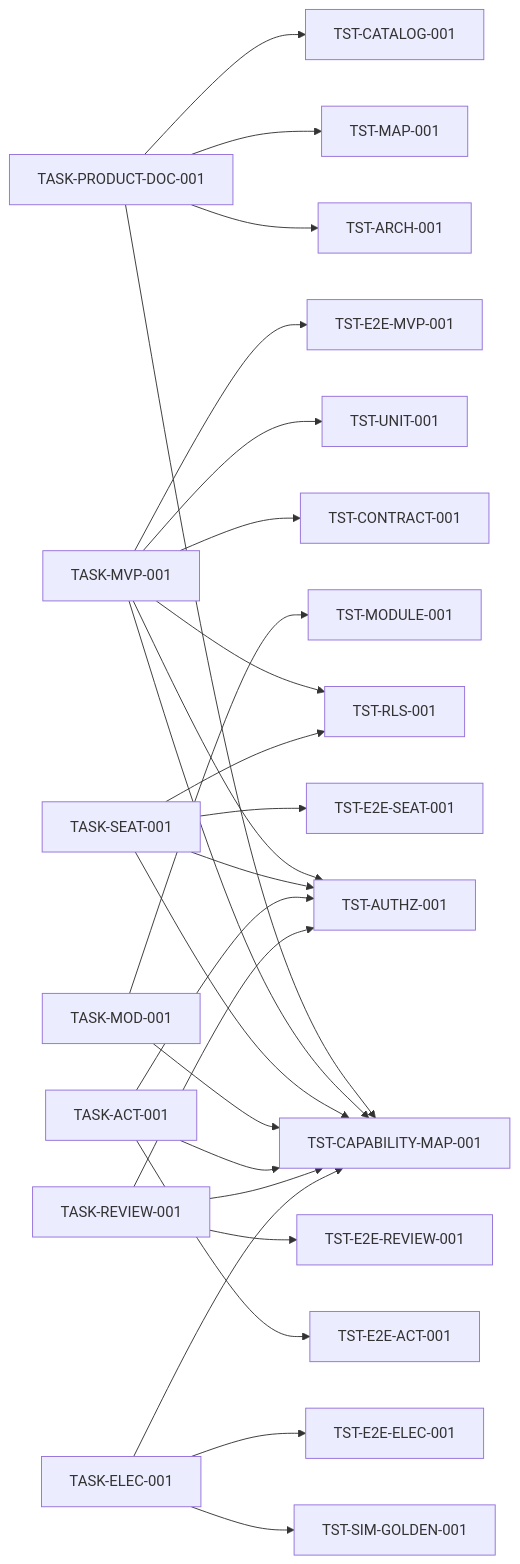
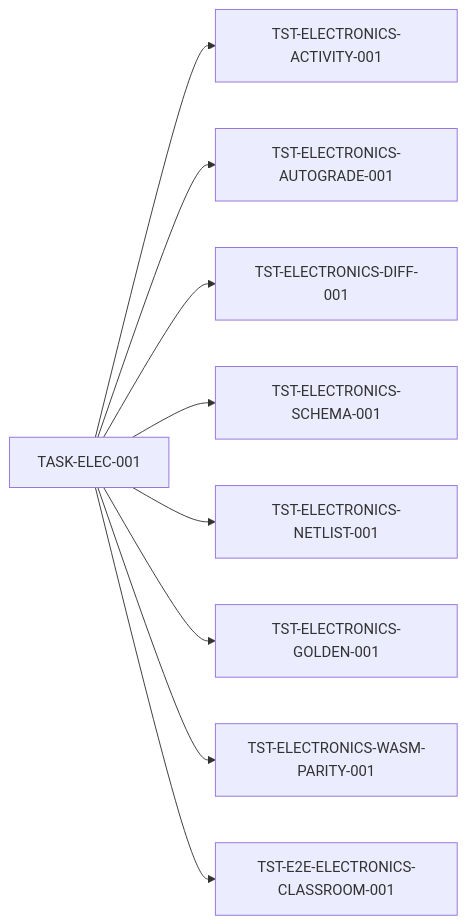
One commit to spikeal8-maker/asa-lab changed diagram 12 of 12 in docs/project-map/QUALITY_MAP.md. Above: the diagram before and after it, drawn with Mermaid. The commit also changed other lines of this file, not shown here.

Commit message:
docs(quality): map gates to canonical development stages

````diff
--- a/docs/project-map/QUALITY_MAP.md
+++ b/docs/project-map/QUALITY_MAP.md
@@ -66,58 +329,21 @@
 ```mermaid
 flowchart LR
-    DOC[TASK-PRODUCT-DOC-001]
-    MVP[TASK-MVP-001]
-    SEAT[TASK-SEAT-001]
-    MOD[TASK-MOD-001]
-    ACT[TASK-ACT-001]
-    REVIEW[TASK-REVIEW-001]
     ELEC[TASK-ELEC-001]
+    ACTIVITY[TST-ELECTRONICS-ACTIVITY-001]
+    AUTO[TST-ELECTRONICS-AUTOGRADE-001]
+    DIFF[TST-ELECTRONICS-DIFF-001]
+    SCHEMA[TST-ELECTRONICS-SCHEMA-001]
+    NET[TST-ELECTRONICS-NETLIST-001]
+    GOLD[TST-ELECTRONICS-GOLDEN-001]
+    WASM[TST-ELECTRONICS-WASM-PARITY-001]
+    E2E[TST-E2E-ELECTRONICS-CLASSROOM-001]
 
-    CAP[TST-CAPABILITY-MAP-001]
-    MAP[TST-MAP-001]
-    CAT[TST-CATALOG-001]
-    ARCH[TST-ARCH-001]
-    CONTRACT[TST-CONTRACT-001]
-    UNIT[TST-UNIT-001]
-    RLS[TST-RLS-001]
-    AUTHZ[TST-AUTHZ-001]
-    E2EMVP[TST-E2E-MVP-001]
-    E2ESEAT[TST-E2E-SEAT-001]
-    MODULE[TST-MODULE-001]
-    E2EACT[TST-E2E-ACT-001]
-    E2EREVIEW[TST-E2E-REVIEW-001]
-    GOLDEN[TST-SIM-GOLDEN-001]
-    E2EELEC[TST-E2E-ELEC-001]
-
-    DOC --> ARCH
-    DOC --> MAP
-    DOC --> CAP
-    DOC --> CAT
-
-    MVP --> CAP
-    MVP --> CONTRACT
-    MVP --> UNIT
-    MVP --> RLS
-    MVP --> AUTHZ
-    MVP --> E2EMVP
-
-    SEAT --> CAP
-    SEAT --> RLS
-    SEAT --> AUTHZ
-    SEAT --> E2ESEAT
-
-    MOD --> CAP
-    MOD --> MODULE
-
-    ACT --> CAP
-    ACT --> AUTHZ
-    ACT --> E2EACT
-
-    REVIEW --> CAP
-    REVIEW --> AUTHZ
-    REVIEW --> E2EREVIEW
-
-    ELEC --> CAP
-    ELEC --> GOLDEN
-    ELEC --> E2EELEC
+    ELEC --> ACTIVITY
+    ELEC --> AUTO
+    ELEC --> DIFF
+    ELEC --> SCHEMA
+    ELEC --> NET
+    ELEC --> GOLD
+    ELEC --> WASM
+    ELEC --> E2E
 ```
````
